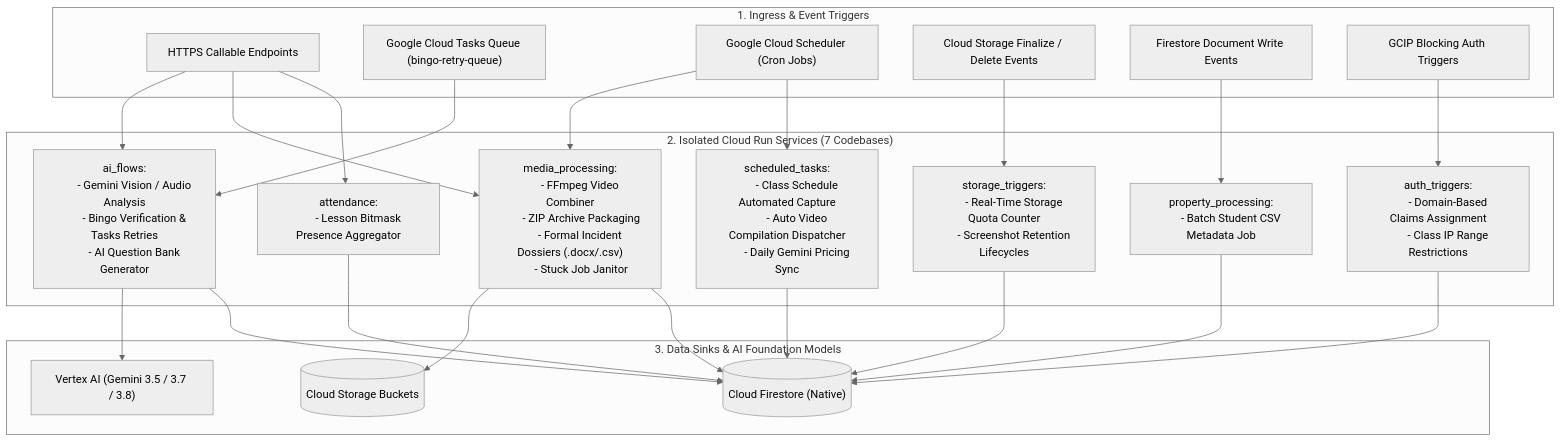
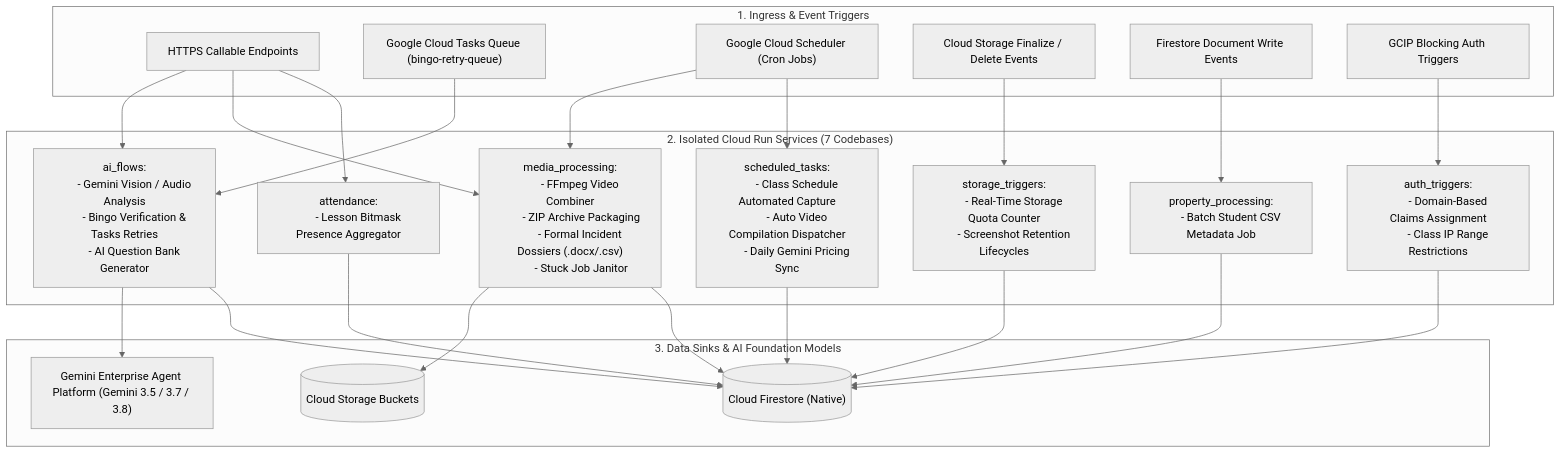
Before and after one commit to wongcyrus/Gemini-AI-Classroom-Assistant: the third of 4 diagrams in docs/user-manual-admin.md, drawn with Mermaid (neutral theme). The commit also changed other lines of this file and 11 other files, not shown here.

Commit message:
docs: update Vertex AI references to Gemini Enterprise Agent Platform across docs and slides

````diff
--- a/docs/user-manual-admin.md
+++ b/docs/user-manual-admin.md
@@ -277,63 +277,63 @@
 ```mermaid
 flowchart TD
     subgraph Triggers ["1. Ingress & Event Triggers"]
         HTTP["HTTPS Callable Endpoints"]
         TASKS["Google Cloud Tasks Queue (bingo-retry-queue)"]
         CRON["Google Cloud Scheduler (Cron Jobs)"]
         GCS_EV["Cloud Storage Finalize / Delete Events"]
         DB_EV["Firestore Document Write Events"]
         AUTH_EV["GCIP Blocking Auth Triggers"]
     end
 
     subgraph Codebases ["2. Isolated Cloud Run Services (7 Codebases)"]
         CB1["ai_flows:
         - Gemini Vision / Audio Analysis
         - Bingo Verification & Tasks Retries
         - AI Question Bank Generator"]
         CB2["media_processing:
         - FFmpeg Video Combiner
         - ZIP Archive Packaging
         - Formal Incident Dossiers (.docx/.csv)
         - Stuck Job Janitor"]
         CB3["auth_triggers:
         - Domain-Based Claims Assignment
         - Class IP Range Restrictions"]
         CB4["storage_triggers:
         - Real-Time Storage Quota Counter
         - Screenshot Retention Lifecycles"]
         CB5["scheduled_tasks:
         - Class Schedule Automated Capture
         - Auto Video Compilation Dispatcher
         - Daily Gemini Pricing Sync"]
         CB6["property_processing:
         - Batch Student CSV Metadata Job"]
         CB7["attendance:
         - Lesson Bitmask Presence Aggregator"]
     end
 
     subgraph Sinks ["3. Data Sinks & AI Foundation Models"]
         FS[("Cloud Firestore (Native)")]
         GCS[("Cloud Storage Buckets")]
-        VAI["Vertex AI (Gemini 3.5 / 3.7 / 3.8)"]
+        VAI["Gemini Enterprise Agent Platform (Gemini 3.5 / 3.7 / 3.8)"]
     end
 
     HTTP --> CB1
     TASKS --> CB1
     HTTP --> CB2
     CRON --> CB2
     AUTH_EV --> CB3
     GCS_EV --> CB4
     CRON --> CB5
     DB_EV --> CB6
     HTTP --> CB7
 
     CB1 --> VAI
     CB1 --> FS
     CB2 --> GCS
     CB2 --> FS
     CB3 --> FS
     CB4 --> FS
     CB5 --> FS
     CB6 --> FS
     CB7 --> FS
 ```
````
